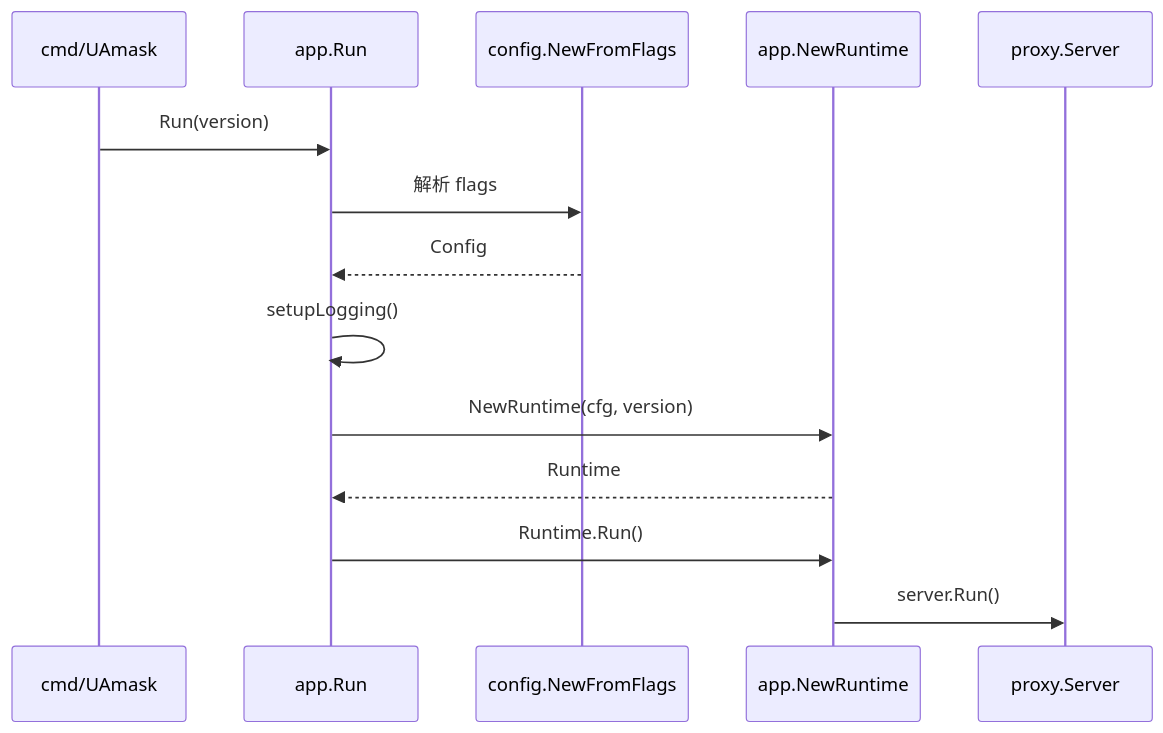
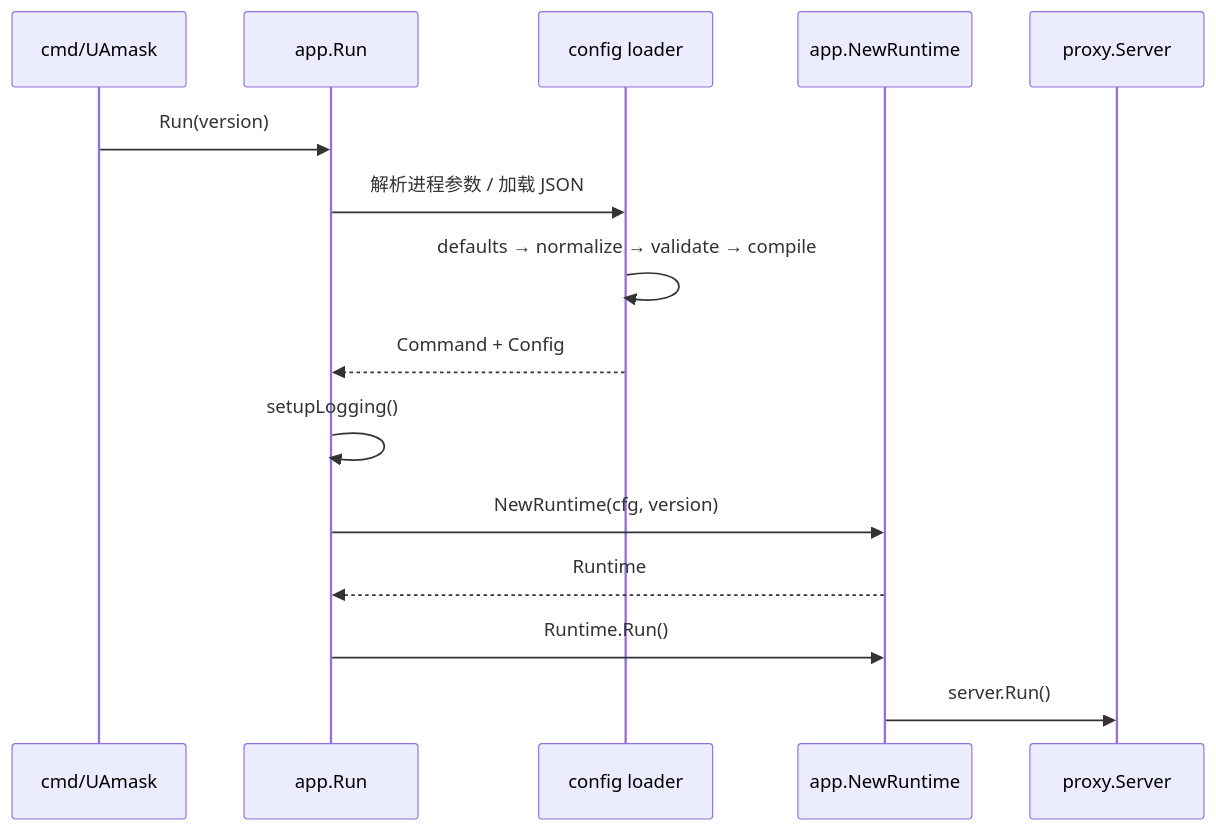
Before and after one commit to Zesuy/UA-Mask: the second of 15 diagrams in docs/architecture.md, drawn with Mermaid. The commit also changed other lines of this file and 17 other files, not shown here.

Commit message:
refactor(config): introduce versioned JSON configuration

````diff
--- a/docs/architecture.md
+++ b/docs/architecture.md
@@ -88,17 +90,18 @@
 ```mermaid
 sequenceDiagram
     participant Main as cmd/UAmask
     participant App as app.Run
-    participant Config as config.NewFromFlags
+    participant Config as config loader
     participant Runtime as app.NewRuntime
     participant Server as proxy.Server
 
     Main->>App: Run(version)
-    App->>Config: 解析 flags
-    Config-->>App: Config
+    App->>Config: 解析进程参数 / 加载 JSON
+    Config->>Config: defaults → normalize → validate → compile
+    Config-->>App: Command + Config
     App->>App: setupLogging()
     App->>Runtime: NewRuntime(cfg, version)
     Runtime-->>App: Runtime
     App->>Runtime: Runtime.Run()
     Runtime->>Server: server.Run()
 ```
````
